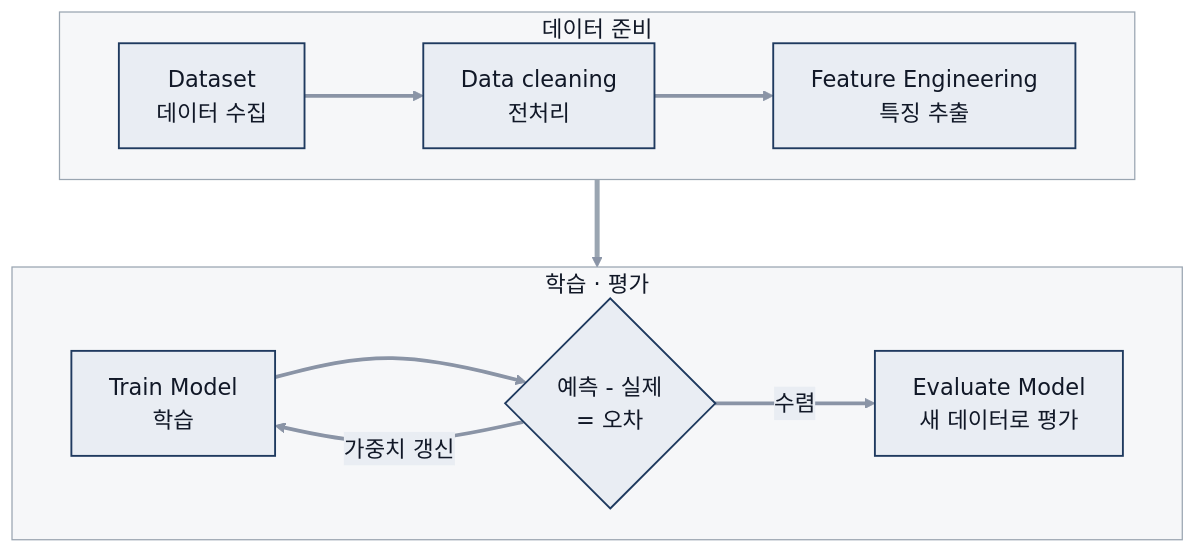
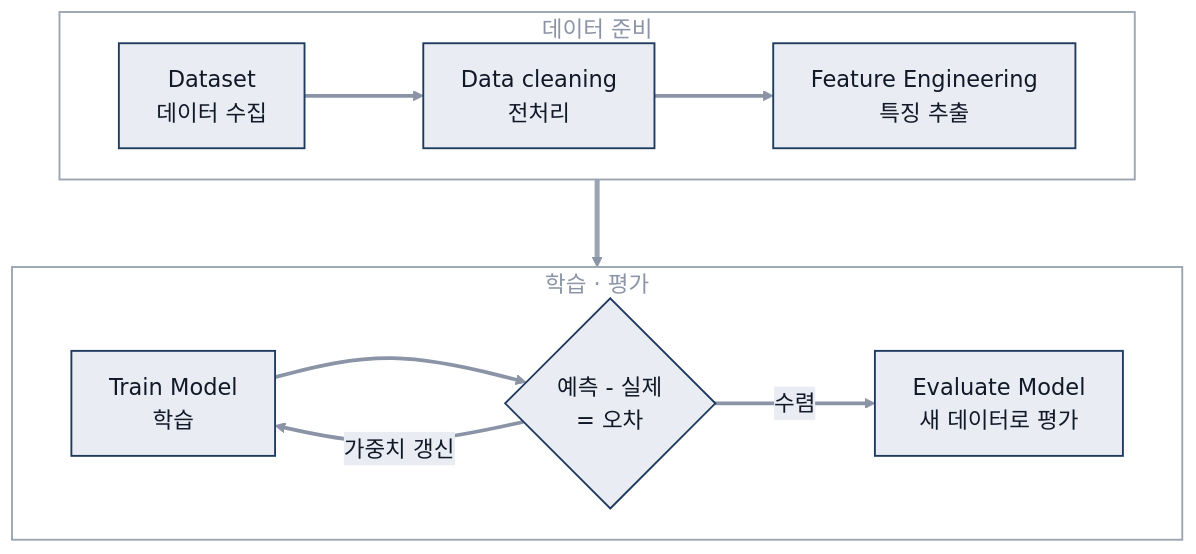
Before and after one commit to Jenny5789/python: the second of 5 diagrams in study_archive/artificial_intelligence/03_machine_learning.md, drawn with Mermaid. The commit also changed other lines of this file and 16 other files, not shown here.

````diff
--- a/study_archive/artificial_intelligence/03_machine_learning.md
+++ b/study_archive/artificial_intelligence/03_machine_learning.md
@@ -50,20 +55,20 @@
 ```mermaid
 %%{init: {'theme': 'base', 'themeVariables': {'fontSize': '18px', 'primaryColor': '#E9EDF3', 'primaryBorderColor': '#1F3A5F', 'primaryTextColor': '#111827', 'lineColor': '#8A94A6', 'secondaryColor': '#F3F4F6', 'tertiaryColor': '#F3F4F6', 'clusterBkg': '#F6F7F9', 'clusterBorder': '#9AA5B1', 'edgeLabelBackground': '#E9EDF3'}, 'flowchart': {'nodeSpacing': 30, 'rankSpacing': 70}}}%%
 flowchart TD
   classDef default fill:#E9EDF3,stroke:#1F3A5F,stroke-width:1.5px,color:#111827
   linkStyle default stroke:#8A94A6,stroke-width:3px,color:#111827
   subgraph P1["데이터 준비"]
     direction LR
     A["Dataset<br/>데이터 수집"] --> B["Data cleaning<br/>전처리"] --> C["Feature Engineering<br/>특징 추출"]
   end
   subgraph P2["학습 · 평가"]
     direction LR
     D["Train Model<br/>학습"] --> E{"예측 - 실제<br/>= 오차"}
     E -- 가중치 갱신 --> D
     E -- 수렴 --> F["Evaluate Model<br/>새 데이터로 평가"]
   end
   P1 --> P2
-  style P1 fill:#F6F7F9,stroke:#9AA5B1,color:#111827
-  style P2 fill:#F6F7F9,stroke:#9AA5B1,color:#111827
+  style P1 fill:none,stroke:#9AA5B1,stroke-width:1.5px,color:#8A94A6
+  style P2 fill:none,stroke:#9AA5B1,stroke-width:1.5px,color:#8A94A6
   linkStyle 5 stroke:#9AA5B1,stroke-width:4px
 ```
````
